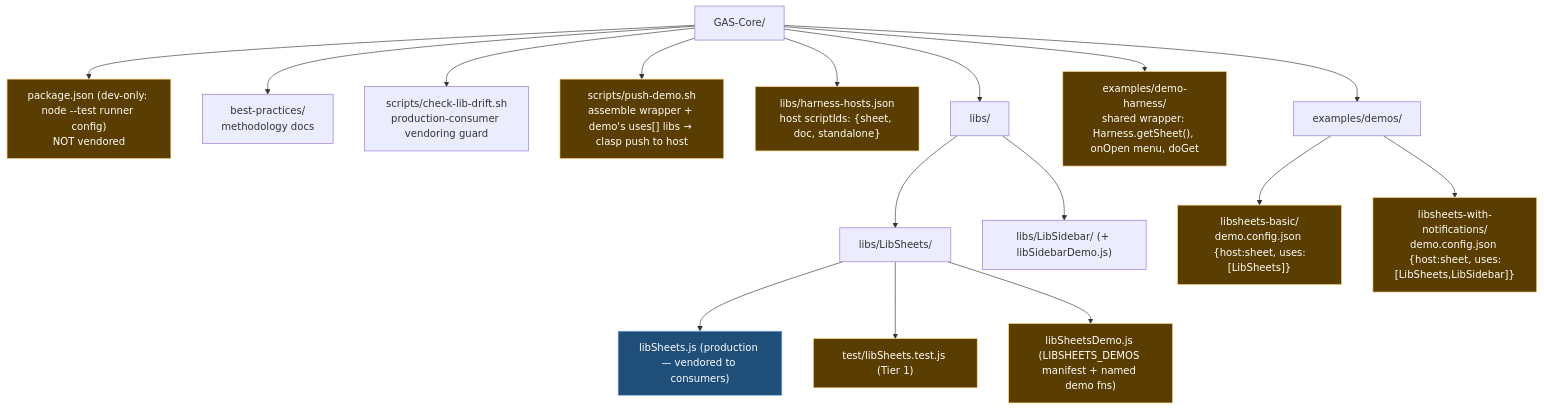
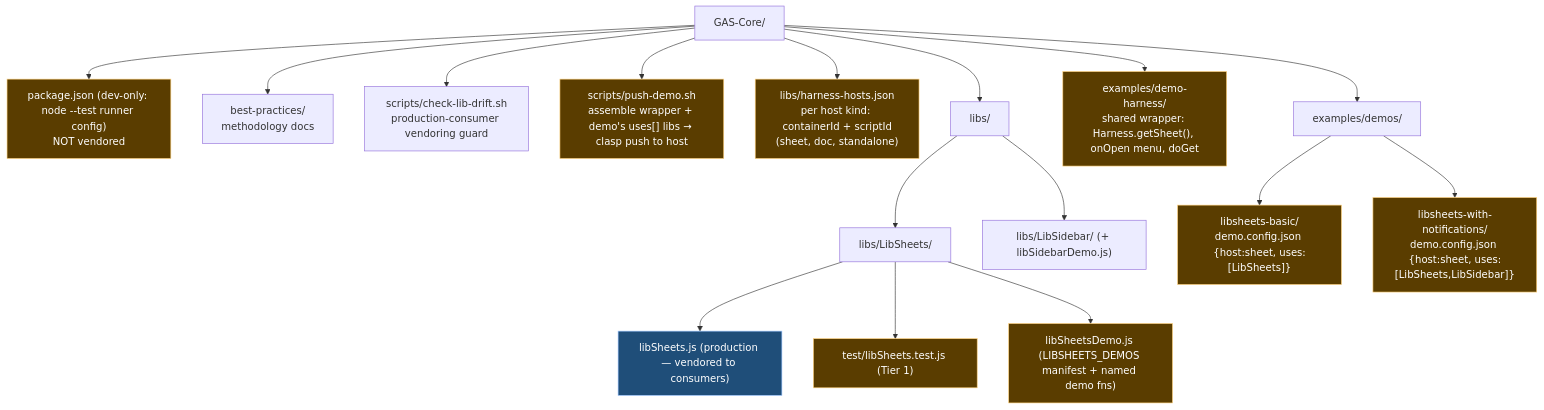
One commit to stuartdonaldson/GAS-Core changed the first of 4 diagrams in docs/test-harness-design.md. Above: the diagram before and after it, drawn with Mermaid. The commit also changed other lines of this file and 7 other files, not shown here.

````diff
--- a/docs/test-harness-design.md
+++ b/docs/test-harness-design.md
@@ -177,26 +180,26 @@
 ```mermaid
 graph TD
   root["GAS-Core/"]
   root --> pkg["package.json (dev-only: node --test runner config)<br/>NOT vendored"]
   root --> bp["best-practices/<br/>methodology docs"]
   root --> drift["scripts/check-lib-drift.sh<br/>production-consumer vendoring guard"]
   root --> push["scripts/push-demo.sh<br/>assemble wrapper + demo's uses[] libs → clasp push to host"]
-  root --> hosts["libs/harness-hosts.json<br/>host scriptIds: {sheet, doc, standalone}"]
+  root --> hosts["libs/harness-hosts.json<br/>per host kind: containerId + scriptId<br/>(sheet, doc, standalone)"]
   root --> libs["libs/"]
   root --> wrap["examples/demo-harness/<br/>shared wrapper: Harness.getSheet(), onOpen menu, doGet"]
   root --> demos["examples/demos/"]
 
   libs --> ls["libs/LibSheets/"]
   ls --> lsprod["libSheets.js (production — vendored to consumers)"]
   ls --> lstest["test/libSheets.test.js (Tier 1)"]
   ls --> lsdemo["libSheetsDemo.js (LIBSHEETS_DEMOS manifest + named demo fns)"]
   libs --> lsb["libs/LibSidebar/ (+ libSidebarDemo.js)"]
 
   demos --> d1["libsheets-basic/<br/>demo.config.json {host:sheet, uses:[LibSheets]}"]
   demos --> d2["libsheets-with-notifications/<br/>demo.config.json {host:sheet, uses:[LibSheets,LibSidebar]}"]
 
   classDef vend fill:#1f4e79,stroke:#9ec5fe,color:#ffffff;
   classDef novend fill:#5a3d00,stroke:#ffd27d,color:#ffffff;
   class lsprod vend;
   class lstest,lsdemo,pkg,push,hosts,wrap,d1,d2 novend;
 ```
````
